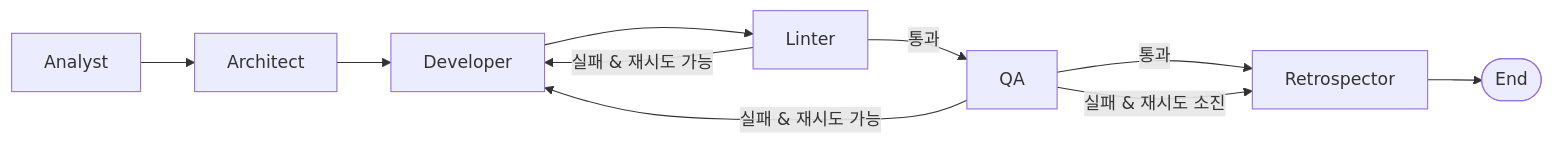
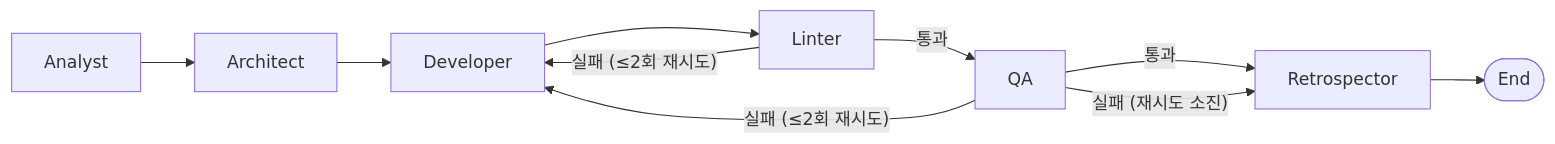
Before and after one commit to balrok12/agentic-dev-pipeline: the diagram in README.md, drawn with Mermaid. The commit also changed other lines of this file, not shown here.

Commit message:
docs: fix pipeline diagram — add QA retry arrow to Developer

````diff
--- a/README.md
+++ b/README.md
@@ -37,12 +39,12 @@
 ```mermaid
 graph LR
     A[Analyst] --> B[Architect]
     B --> C[Developer]
     C --> D[Linter]
     D -- 통과 --> E[QA]
-    D -- 실패 & 재시도 가능 --> C
+    D -- "실패 (≤2회 재시도)" --> C
     E -- 통과 --> F[Retrospector]
-    E -- 실패 & 재시도 가능 --> C
-    E -- 실패 & 재시도 소진 --> F
+    E -- "실패 (≤2회 재시도)" --> C
+    E -- "실패 (재시도 소진)" --> F
     F --> END([End])
 ```
````
